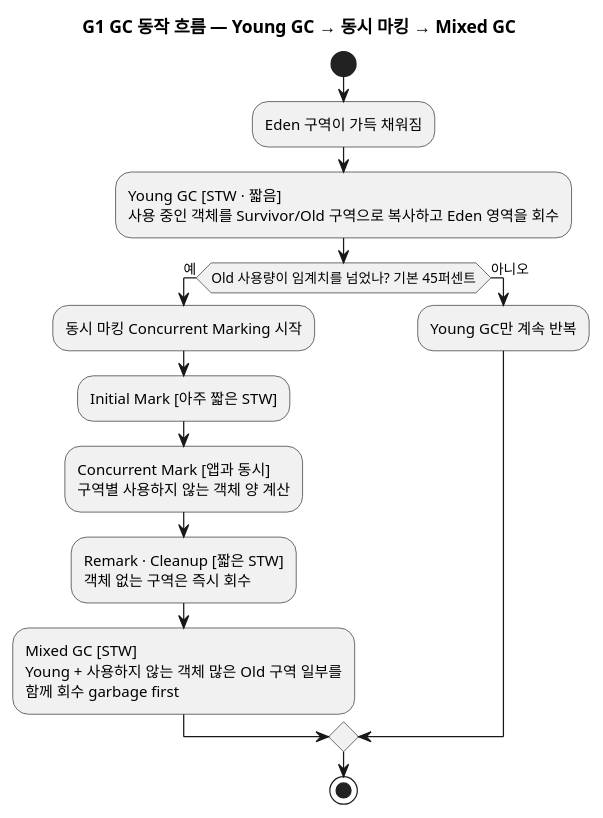
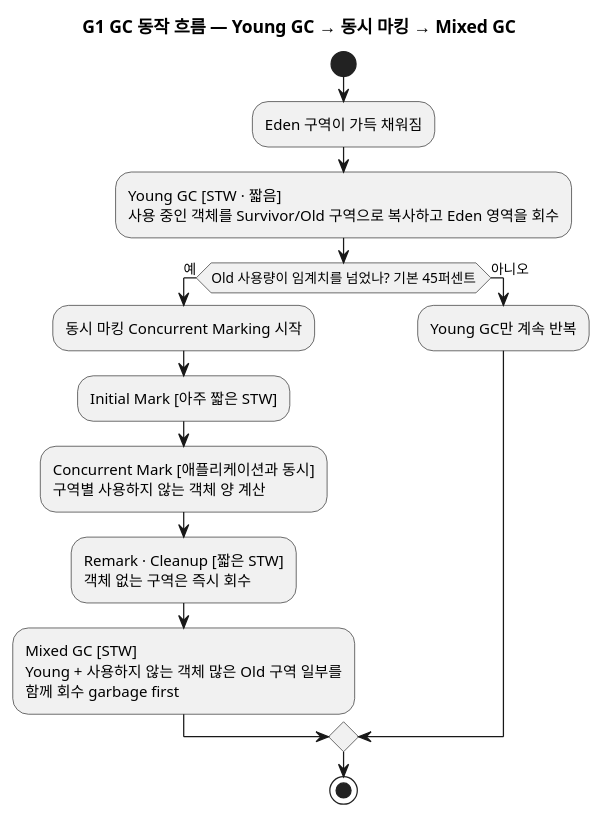
One commit to johnycho/johny-dev changed the sixth of 10 diagrams in blog/2026-08-18-java-gc-types.mdx. Above: the diagram before and after it, drawn with PlantUML. The commit also changed other lines of this file and 49 other files, not shown here.

````diff
--- a/blog/2026-08-18-java-gc-types.mdx
+++ b/blog/2026-08-18-java-gc-types.mdx
@@ -246,18 +246,18 @@
 ```plantuml
 @startuml
 title G1 GC 동작 흐름 — Young GC → 동시 마킹 → Mixed GC
 start
 :Eden 구역이 가득 채워짐;
 :Young GC [STW · 짧음]\n사용 중인 객체를 Survivor/Old 구역으로 복사하고 Eden 영역을 회수;
 if (Old 사용량이 임계치를 넘었나? 기본 45퍼센트) then (예)
   :동시 마킹 Concurrent Marking 시작;
   :Initial Mark [아주 짧은 STW];
-  :Concurrent Mark [앱과 동시]\n구역별 사용하지 않는 객체 양 계산;
+  :Concurrent Mark [애플리케이션과 동시]\n구역별 사용하지 않는 객체 양 계산;
   :Remark · Cleanup [짧은 STW]\n객체 없는 구역은 즉시 회수;
   :Mixed GC [STW]\nYoung + 사용하지 않는 객체 많은 Old 구역 일부를\n함께 회수 garbage first;
 else (아니오)
   :Young GC만 계속 반복;
 endif
 stop
 @enduml
 ```
````
